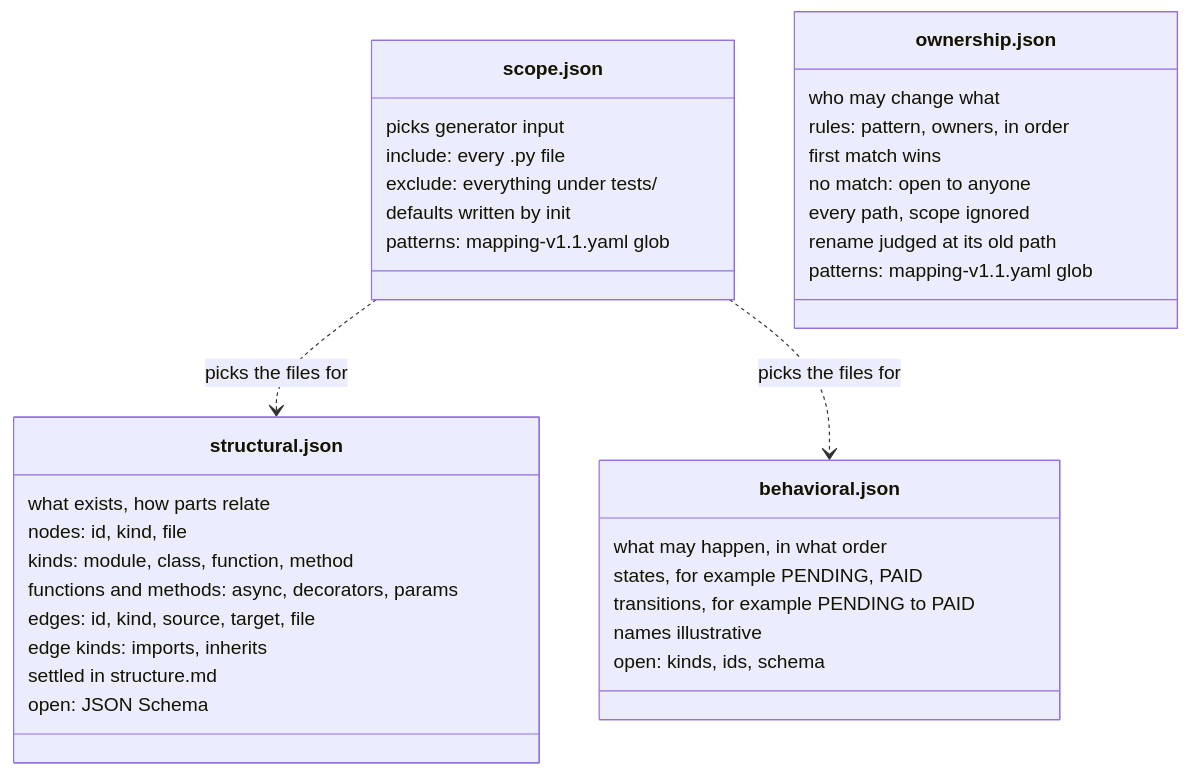
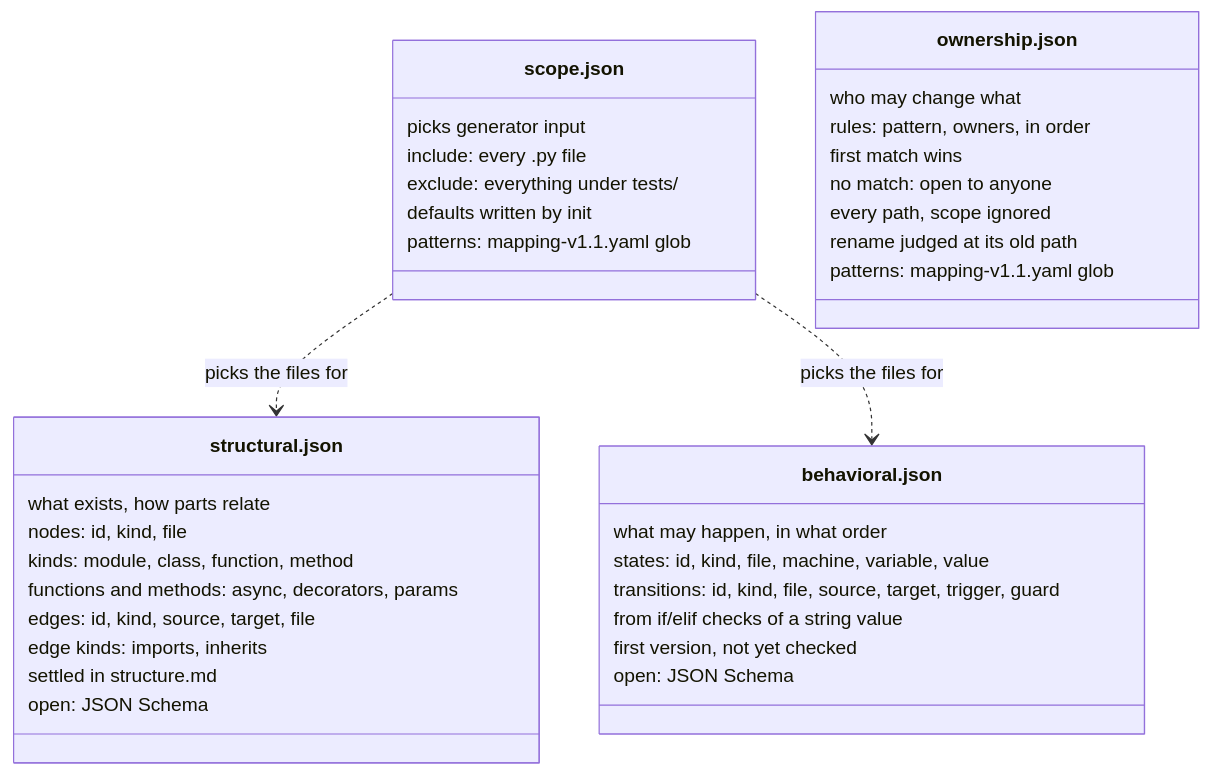
The diagram in docs/models/models-folder.md (MuhammadSban/DocumentationModelDrifter), drawn with Mermaid before and after one commit. The commit also changed other lines of this file and 8 other files, not shown here.

````diff
--- a/docs/models/models-folder.md
+++ b/docs/models/models-folder.md
@@ -7,42 +7,43 @@
 ```mermaid
 classDiagram
     accTitle: The four files in /models
-    accDescr: scope.json picks which files feed the structural and behavioral generators. structural.json holds nodes and edges, behavioral.json at least states and transitions, ownership.json an ordered list of rules. Open items are named in each box.
+    accDescr: scope.json picks which files feed the structural and behavioral generators. structural.json holds nodes and edges, behavioral.json states and transitions found in if/elif checks, ownership.json an ordered list of rules. Open items are named in each box.
 
     class scope["scope.json"] {
         picks generator input
         include: every .py file
         exclude: everything under tests/
         defaults written by init
         patterns: mapping-v1.1.yaml glob
     }
     class structural["structural.json"] {
         what exists, how parts relate
         nodes: id, kind, file
         kinds: module, class, function, method
         functions and methods: async, decorators, params
         edges: id, kind, source, target, file
         edge kinds: imports, inherits
         settled in structure.md
         open: JSON Schema
     }
     class behavioral["behavioral.json"] {
         what may happen, in what order
-        states, for example PENDING, PAID
-        transitions, for example PENDING to PAID
-        names illustrative
-        open: kinds, ids, schema
+        states: id, kind, file, machine, variable, value
+        transitions: id, kind, file, source, target, trigger, guard
+        from if/elif checks of a string value
+        first version, not yet checked
+        open: JSON Schema
     }
     class ownership["ownership.json"] {
         who may change what
         rules: pattern, owners, in order
         first match wins
         no match: open to anyone
         every path, scope ignored
         rename judged at its old path
         patterns: mapping-v1.1.yaml glob
     }
 
     scope ..> structural : picks the files for
     scope ..> behavioral : picks the files for
 ```
````
